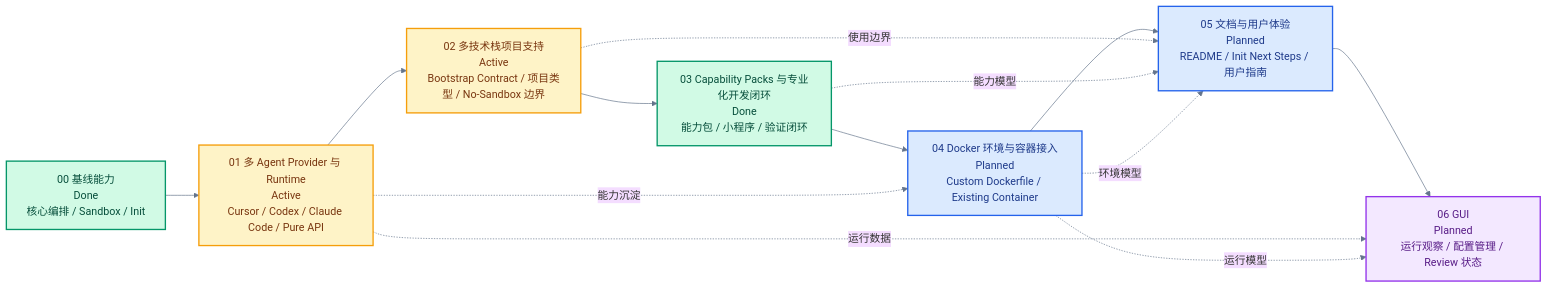
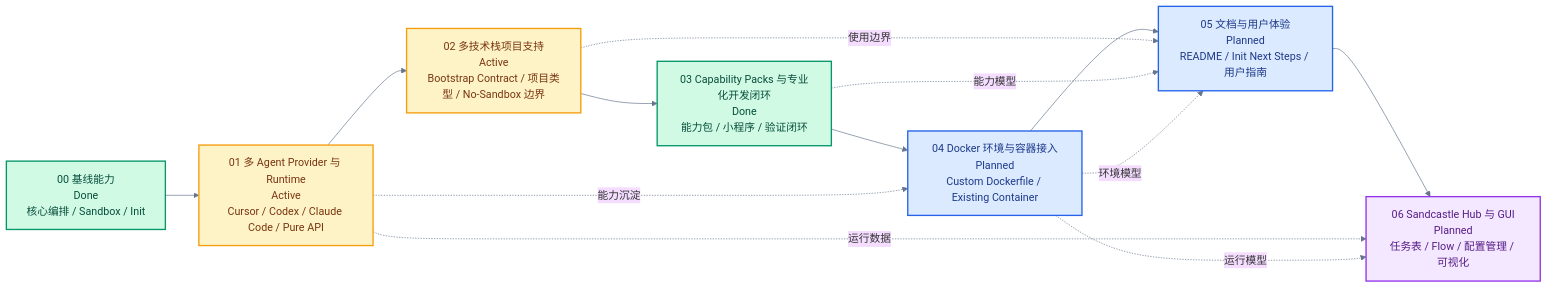
The diagram in docs/roadmap.md (Yibeibankaishui/archLoop), drawn with Mermaid before and after one commit. The commit also changed other lines of this file and 10 other files, not shown here.

````diff
--- a/docs/roadmap.md
+++ b/docs/roadmap.md
@@ -5,29 +5,29 @@
 ```mermaid
 %%{init: {"theme":"base","themeVariables":{"fontFamily":"Inter, ui-sans-serif, system-ui, sans-serif","primaryBorderColor":"#334155","lineColor":"#64748b","tertiaryColor":"#f8fafc"}} }%%
 flowchart LR
     P00["00 基线能力<br/>Done<br/>核心编排 / Sandbox / Init"] --> P01["01 多 Agent Provider 与 Runtime<br/>Active<br/>Cursor / Codex / Claude Code / Pure API"]
     P01 --> P02["02 多技术栈项目支持<br/>Active<br/>Bootstrap Contract / 项目类型 / No-Sandbox 边界"]
     P02 --> P03["03 Capability Packs 与专业化开发闭环<br/>Done<br/>能力包 / 小程序 / 验证闭环"]
     P03 --> P04["04 Docker 环境与容器接入<br/>Planned<br/>Custom Dockerfile / Existing Container"]
     P04 --> P05["05 文档与用户体验<br/>Planned<br/>README / Init Next Steps / 用户指南"]
-    P05 --> P06["06 GUI<br/>Planned<br/>运行观察 / 配置管理 / Review 状态"]
+    P05 --> P06["06 Sandcastle Hub 与 GUI<br/>Planned<br/>任务表 / Flow / 配置管理 / 可视化"]
 
     P01 -. "能力沉淀" .-> P04
     P02 -. "使用边界" .-> P05
     P03 -. "能力模型" .-> P05
     P01 -. "运行数据" .-> P06
     P04 -. "环境模型" .-> P05
     P04 -. "运行模型" .-> P06
 
     classDef done fill:#d1fae5,stroke:#059669,color:#064e3b,stroke-width:2px;
     classDef active fill:#fef3c7,stroke:#f59e0b,color:#78350f,stroke-width:2px;
     classDef planned fill:#dbeafe,stroke:#2563eb,color:#1e3a8a,stroke-width:2px;
     classDef future fill:#f3e8ff,stroke:#9333ea,color:#581c87,stroke-width:2px;
     classDef support fill:#ffe4e6,stroke:#e11d48,color:#881337,stroke-width:2px;
 
     class P00 done;
     class P01,P02 active;
     class P03 done;
     class P04,P05 planned;
     class P06 future;
 ```
````
